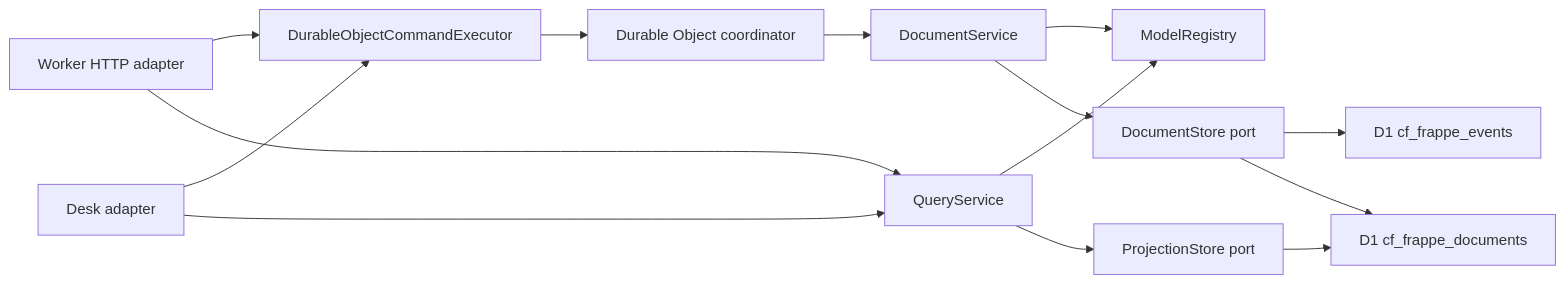
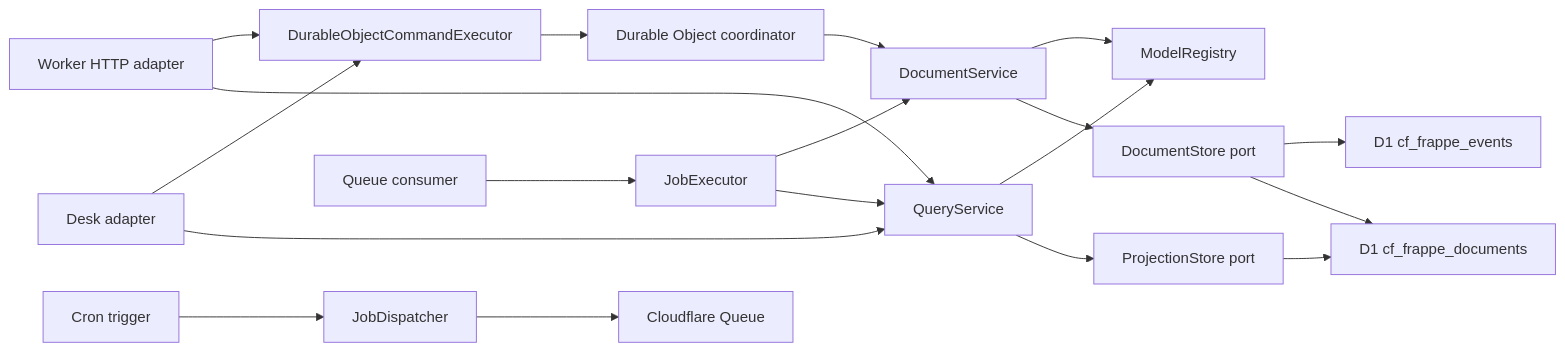
Before and after one commit to victor-develop/cf-frappe: the diagram in README.md, drawn with Mermaid. The commit also changed other lines of this file and 24 other files, not shown here.

Commit message:
Add Cloudflare background jobs

````diff
--- a/README.md
+++ b/README.md
@@ -141,16 +191,21 @@
 ```mermaid
 flowchart LR
   HTTP["Worker HTTP adapter"] --> DOCLIENT["DurableObjectCommandExecutor"]
   DESK["Desk adapter"] --> DOCLIENT
   DESK --> QUERY
+  CRON["Cron trigger"] --> JOBS["JobDispatcher"]
+  QUEUE["Queue consumer"] --> EXEC["JobExecutor"]
+  JOBS --> CFQ["Cloudflare Queue"]
+  EXEC --> APP
+  EXEC --> QUERY
   DOCLIENT --> DO["Durable Object coordinator"]
   DO --> APP["DocumentService"]
   HTTP --> QUERY["QueryService"]
   APP --> REG["ModelRegistry"]
   QUERY --> REG
   APP --> STORE["DocumentStore port"]
   QUERY --> PS["ProjectionStore port"]
   STORE --> D1E["D1 cf_frappe_events"]
   STORE --> D1P["D1 cf_frappe_documents"]
   PS --> D1P
 ```
````
